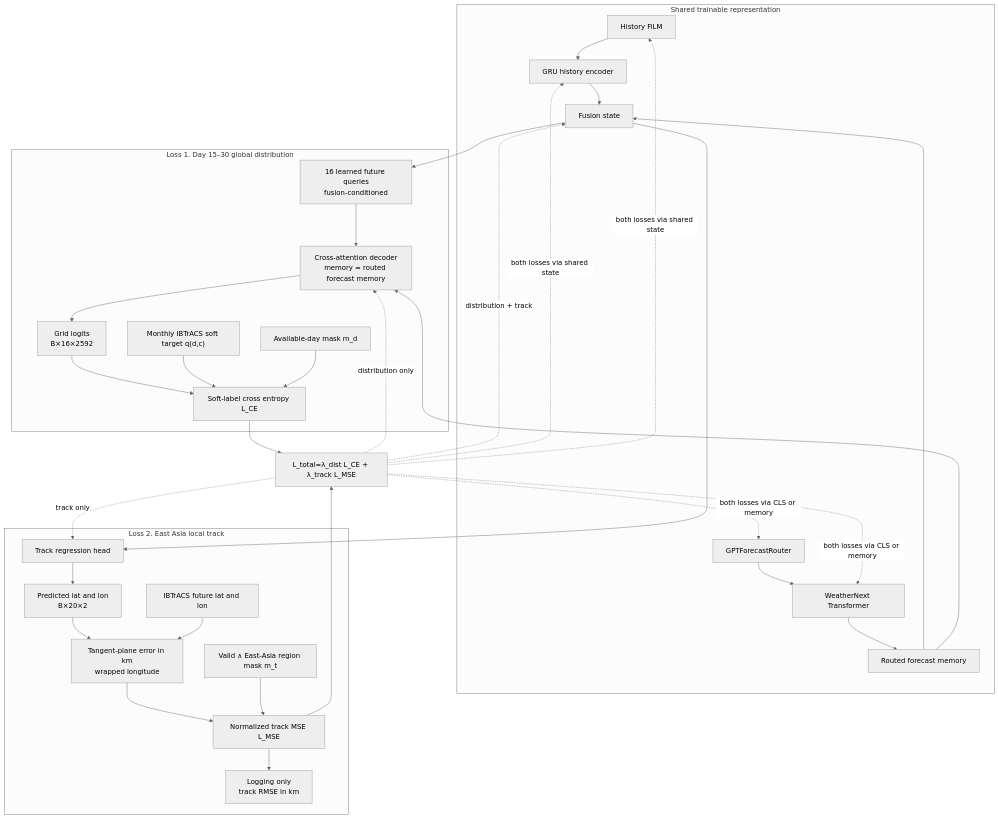
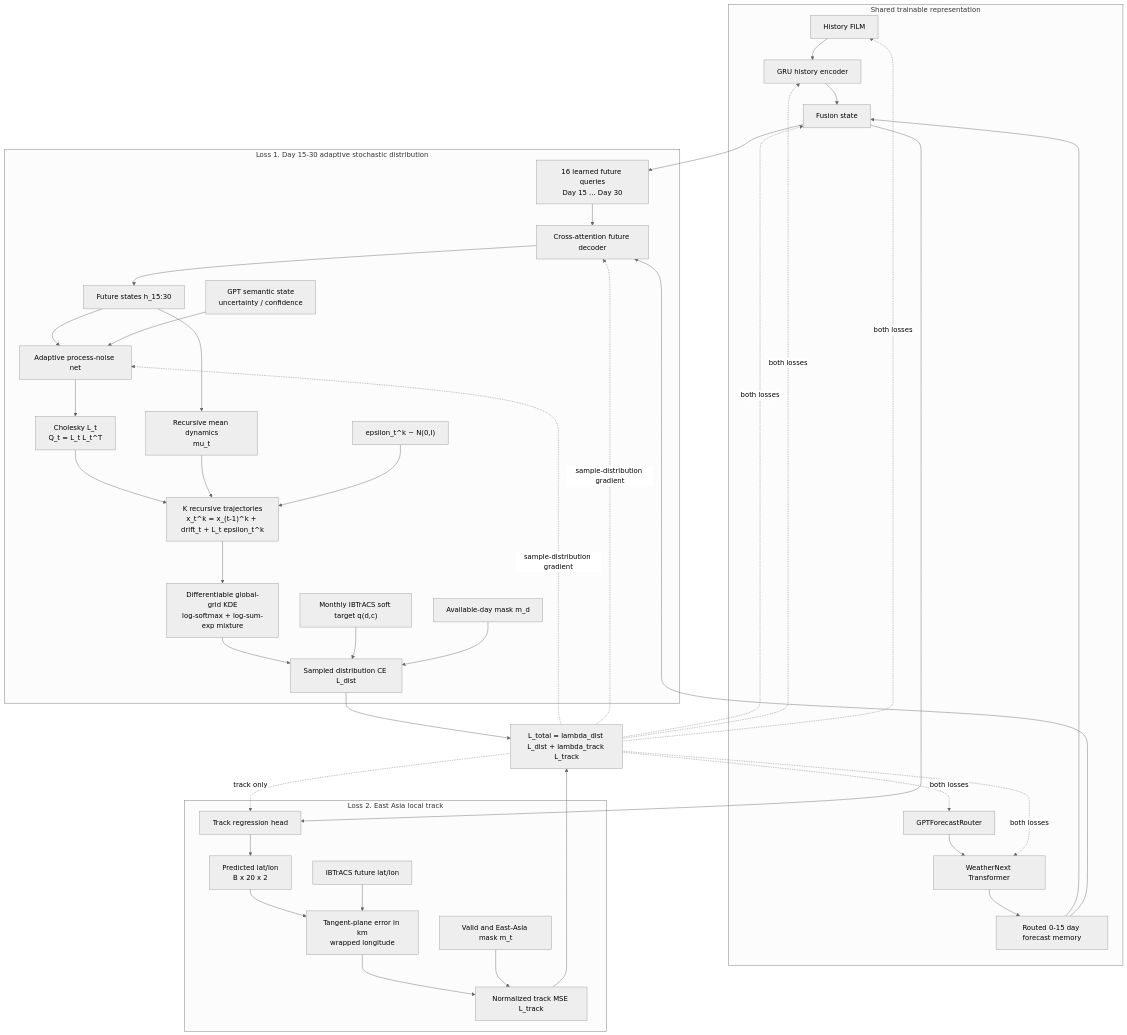
One commit to nayehyeon61-glitch/typnonn_preesure_data_loader changed the diagram in struct-picture/04-dual-loss-training.md. Above: the diagram before and after it, drawn with Mermaid (neutral theme). The commit also changed other lines of this file, not shown here.

Commit message:
Visualize adaptive temporal distribution sampling

````diff
--- a/struct-picture/04-dual-loss-training.md
+++ b/struct-picture/04-dual-loss-training.md
@@ -3,64 +3,78 @@
 ```mermaid
 flowchart TB
     subgraph SHARED["Shared trainable representation"]
         FILM["History FiLM"]
         GRU["GRU history encoder"]
         ROUTER["GPTForecastRouter"]
         TF["WeatherNext Transformer"]
-        MEM["Routed forecast memory"]
+        MEM["Routed 0-15 day forecast memory"]
         FUSION["Fusion state"]
     end
 
     FILM --> GRU
     ROUTER --> TF
     TF --> MEM
     GRU --> FUSION
     MEM --> FUSION
 
-    subgraph DIST["Loss 1. Day 15–30 global distribution"]
-        QUERY["16 learned future queries<br/>fusion-conditioned"]
-        DEC["Cross-attention decoder<br/>memory = routed forecast memory"]
-        LOGIT["Grid logits<br/>B×16×2592"]
+    subgraph DIST["Loss 1. Day 15-30 adaptive stochastic distribution"]
+        QUERY["16 learned future queries<br/>Day 15 ... Day 30"]
+        DEC["Cross-attention future decoder"]
+        FUT["Future states h_15:30"]
+        GPTQ["GPT semantic state<br/>uncertainty / confidence"]
+        QNET["Adaptive process-noise net"]
+        CHOL["Cholesky L_t<br/>Q_t = L_t L_t^T"]
+        MEAN["Recursive mean dynamics<br/>mu_t"]
+        EPS["epsilon_t^k ~ N(0,I)"]
+        SAMPLE["K recursive trajectories<br/>x_t^k = x_(t-1)^k + drift_t + L_t epsilon_t^k"]
+        KDE["Differentiable global-grid KDE<br/>log-softmax + log-sum-exp mixture"]
         TARGET["Monthly IBTrACS soft target q(d,c)"]
         DMASK["Available-day mask m_d"]
-        CE["Soft-label cross entropy L_CE"]
+        CE["Sampled distribution CE L_dist"]
     end
 
     FUSION --> QUERY
     QUERY --> DEC
     MEM --> DEC
-    DEC --> LOGIT
-    LOGIT --> CE
+    DEC --> FUT
+    FUT --> QNET
+    GPTQ --> QNET
+    QNET --> CHOL
+    FUT --> MEAN
+    CHOL --> SAMPLE
+    MEAN --> SAMPLE
+    EPS --> SAMPLE
+    SAMPLE --> KDE
+    KDE --> CE
     TARGET --> CE
     DMASK --> CE
 
     subgraph TRACK["Loss 2. East Asia local track"]
         HEAD["Track regression head"]
-        PRED["Predicted lat and lon<br/>B×20×2"]
-        OBS["IBTrACS future lat and lon"]
-        TMASK["Valid ∧ East-Asia region mask m_t"]
+        PRED["Predicted lat/lon<br/>B x 20 x 2"]
+        OBS["IBTrACS future lat/lon"]
+        TMASK["Valid and East-Asia mask m_t"]
         KM["Tangent-plane error in km<br/>wrapped longitude"]
-        MSE["Normalized track MSE L_MSE"]
-        RMSE["Logging only<br/>track RMSE in km"]
+        MSE["Normalized track MSE L_track"]
     end
 
     FUSION --> HEAD
     HEAD --> PRED
     PRED --> KM
     OBS --> KM
     KM --> MSE
     TMASK --> MSE
-    MSE --> RMSE
 
-    TOTAL["L_total=λ_dist L_CE + λ_track L_MSE"]
+    TOTAL["L_total = lambda_dist L_dist + lambda_track L_track"]
     CE --> TOTAL
     MSE --> TOTAL
 
-    TOTAL -. "distribution + track" .-> FUSION
-    TOTAL -. "both losses via shared state" .-> GRU
-    TOTAL -. "both losses via shared state" .-> FILM
-    TOTAL -. "both losses via CLS or memory" .-> TF
-    TOTAL -. "both losses via CLS or memory" .-> ROUTER
-    TOTAL -. "distribution only" .-> DEC
+    TOTAL -. "sample-distribution gradient" .-> QNET
+    TOTAL -. "sample-distribution gradient" .-> DEC
+    TOTAL -. "both losses" .-> FUSION
+    TOTAL -. "both losses" .-> GRU
+    TOTAL -. "both losses" .-> FILM
+    TOTAL -. "both losses" .-> TF
+    TOTAL -. "both losses" .-> ROUTER
     TOTAL -. "track only" .-> HEAD
 ```
````
